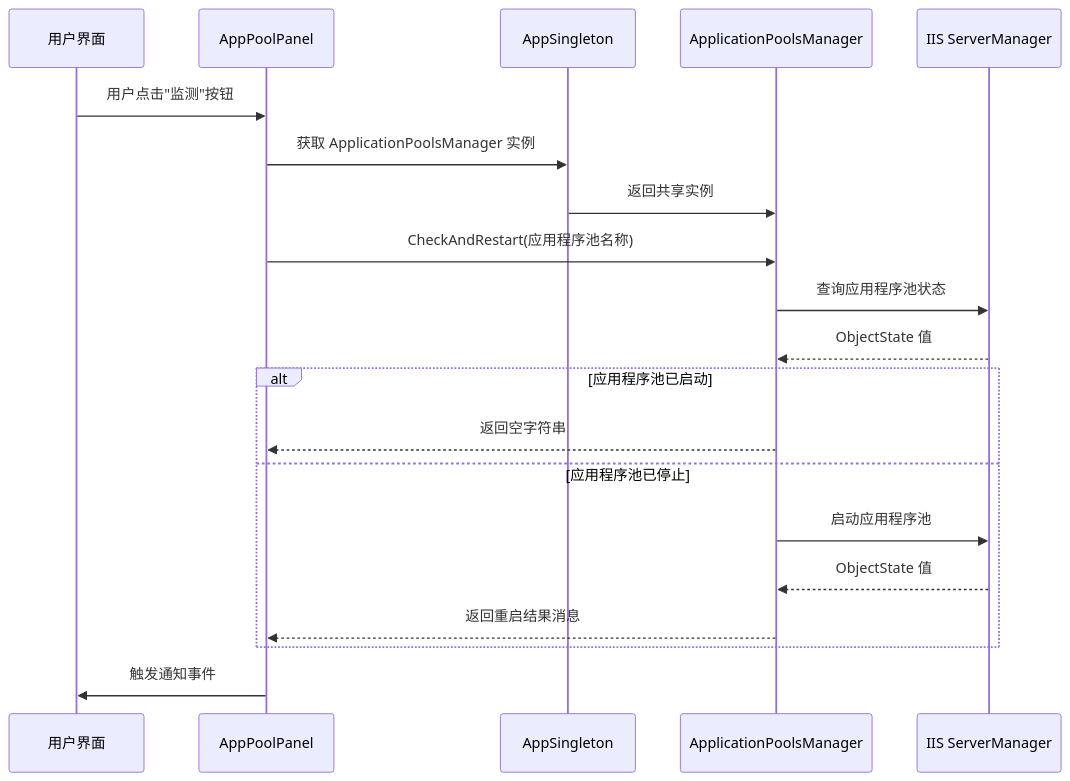
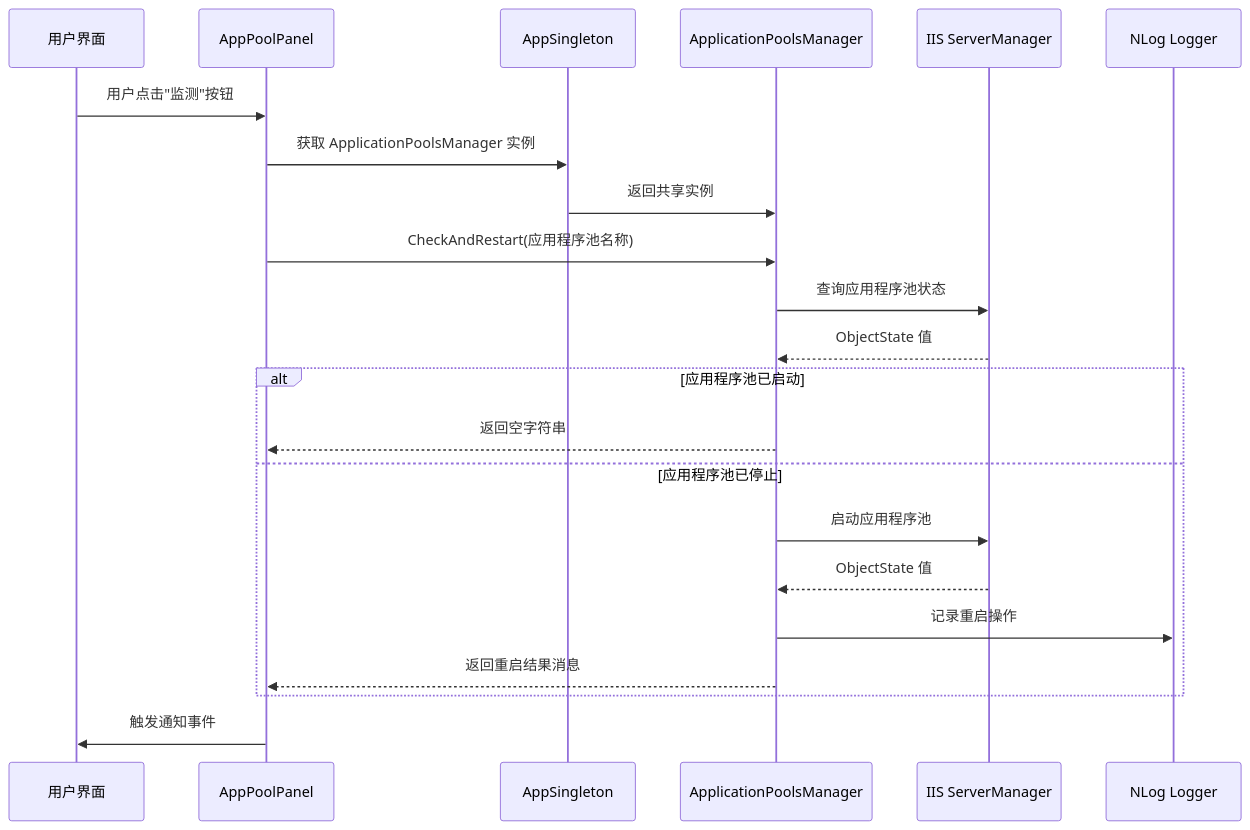
One commit to db300/IISMonitor changed the third of 4 diagrams in .qoder/repowiki/zh/content/核心库文档 (iHawkIISLibrary)/ApplicationPoolsManager 应用程序池管理器.md. Above: the diagram before and after it, drawn with Mermaid. The commit also changed other lines of this file and 5 other files, not shown here.

````diff
--- a/.qoder/repowiki/zh/content/核心库文档 (iHawkIISLibrary)/ApplicationPoolsManager 应用程序池管理器.md
+++ b/.qoder/repowiki/zh/content/核心库文档 (iHawkIISLibrary)/ApplicationPoolsManager 应用程序池管理器.md
@@ -137,22 +152,24 @@
 ```mermaid
 sequenceDiagram
 participant UI as 用户界面
 participant Panel as AppPoolPanel
 participant Singleton as AppSingleton
 participant Manager as ApplicationPoolsManager
 participant IIS as IIS ServerManager
+participant Logger as NLog Logger
 UI->>Panel : 用户点击"监测"按钮
 Panel->>Singleton : 获取 ApplicationPoolsManager 实例
 Singleton->>Manager : 返回共享实例
 Panel->>Manager : CheckAndRestart(应用程序池名称)
 Manager->>IIS : 查询应用程序池状态
 IIS-->>Manager : ObjectState 值
 alt 应用程序池已启动
 Manager-->>Panel : 返回空字符串
 else 应用程序池已停止
 Manager->>IIS : 启动应用程序池
 IIS-->>Manager : ObjectState 值
+Manager->>Logger : 记录重启操作
 Manager-->>Panel : 返回重启结果消息
 end
 Panel->>UI : 触发通知事件
 ```
````
